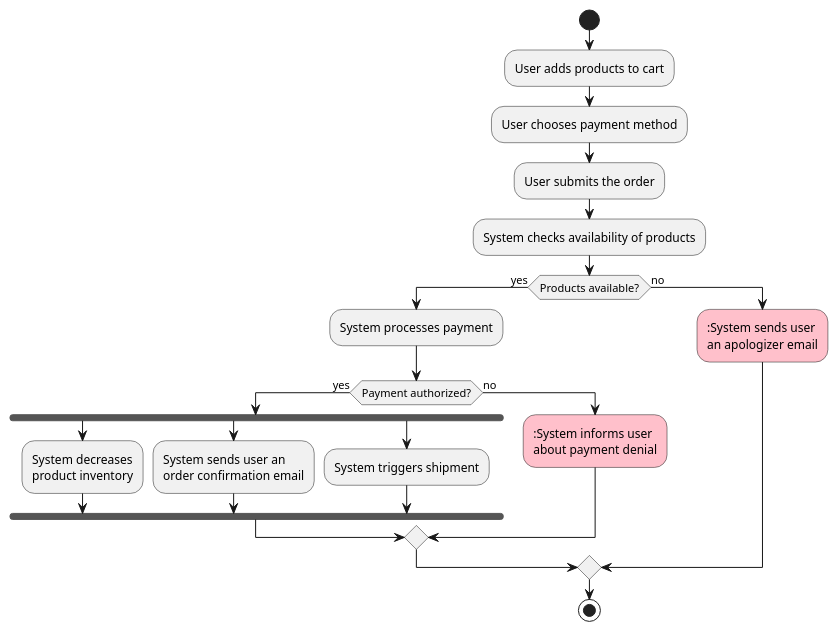
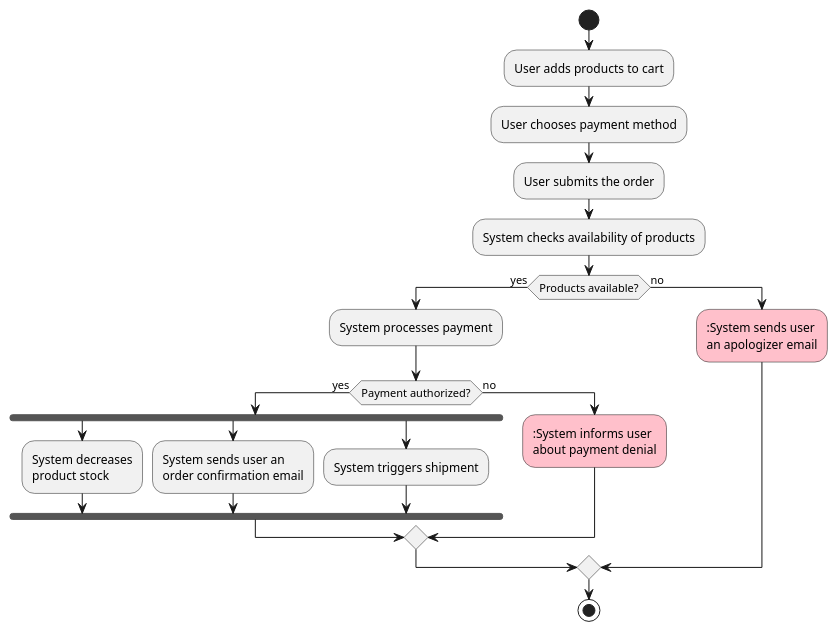
The diagram in awesome-backend-docs/src/flowcharts/checkout-flow-chart.puml (viniciusvasti/awesome-backend), drawn with PlantUML before and after one commit. The commit also changed 7 other files, not shown here.

Commit message:
Exchange Inventory -> Stock

```diff
--- a/awesome-backend-docs/src/flowcharts/checkout-flow-chart.puml
+++ b/awesome-backend-docs/src/flowcharts/checkout-flow-chart.puml
@@ -1,31 +1,31 @@
 @startuml
 
 start
 :User adds products to cart;
 :User chooses payment method;
 :User submits the order;
 :System checks availability of products;
 if (Products available?) then (yes)
     :System processes payment;
     if (Payment authorized?) then (yes)
         fork
             :System decreases
-            product inventory;
+            product stock;
         fork again
             :System sends user an
             order confirmation email;
         fork again
             :System triggers shipment;
         end fork
     else (no)
         #pink::System informs user
         about payment denial;
     endif
 else (no)
     #pink::System sends user
     an apologizer email;
 endif
 
 stop
 
 @enduml
```
